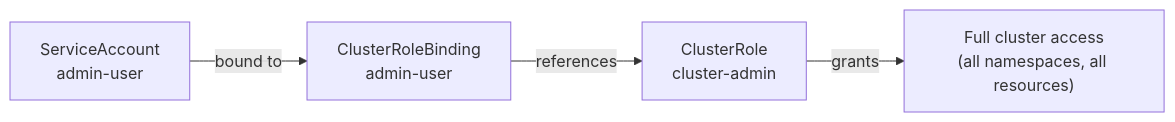
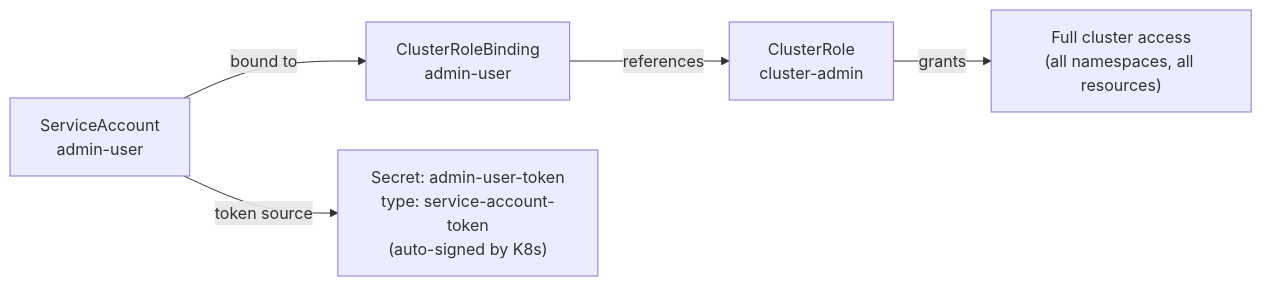
One commit to haingth77/homelab changed the second of 4 diagrams in k8s/apps/kubernetes-dashboard/README.md. Above: the diagram before and after it, drawn with Mermaid. The commit also changed other lines of this file and 7 other files, not shown here.

````diff
--- a/k8s/apps/kubernetes-dashboard/README.md
+++ b/k8s/apps/kubernetes-dashboard/README.md
@@ -90,6 +90,7 @@
 ```mermaid
 flowchart LR
     SA["ServiceAccount\nadmin-user"] -- "bound to" --> CRB["ClusterRoleBinding\nadmin-user"]
     CRB -- "references" --> CR["ClusterRole\ncluster-admin"]
     CR -- "grants" --> Access["Full cluster access\n(all namespaces, all resources)"]
+    SA -- "token source" --> Tok["Secret: admin-user-token\ntype: service-account-token\n(auto-signed by K8s)"]
 ```
````
